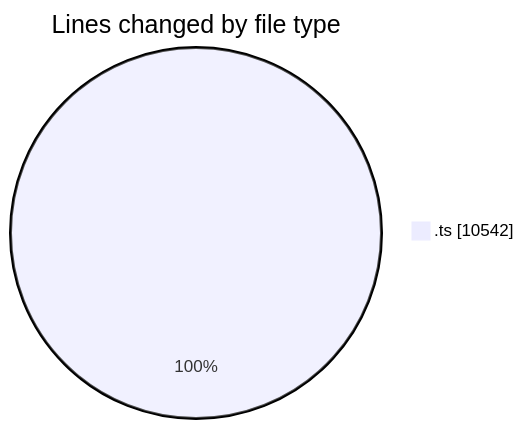
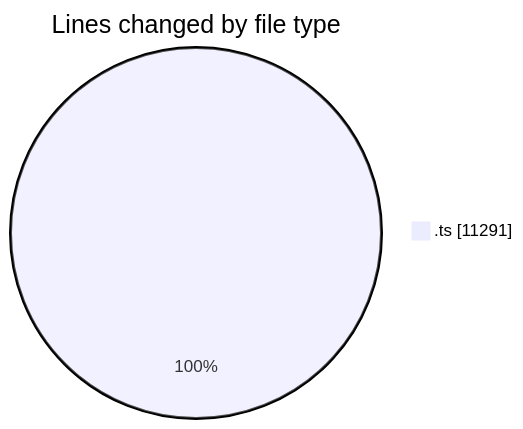
Before and after one commit to momahboobian/code-tracking: the first of 2 diagrams in 2025-09-09/cda/README.md, drawn with Mermaid. The commit also changed other lines of this file and 1 other file, not shown here.

````diff
--- a/2025-09-09/cda/README.md
+++ b/2025-09-09/cda/README.md
@@ -22,5 +23,5 @@
 ```mermaid
 pie showData
 title Lines changed by file type
-".ts" : 10542
+".ts" : 11291
 ```
````
